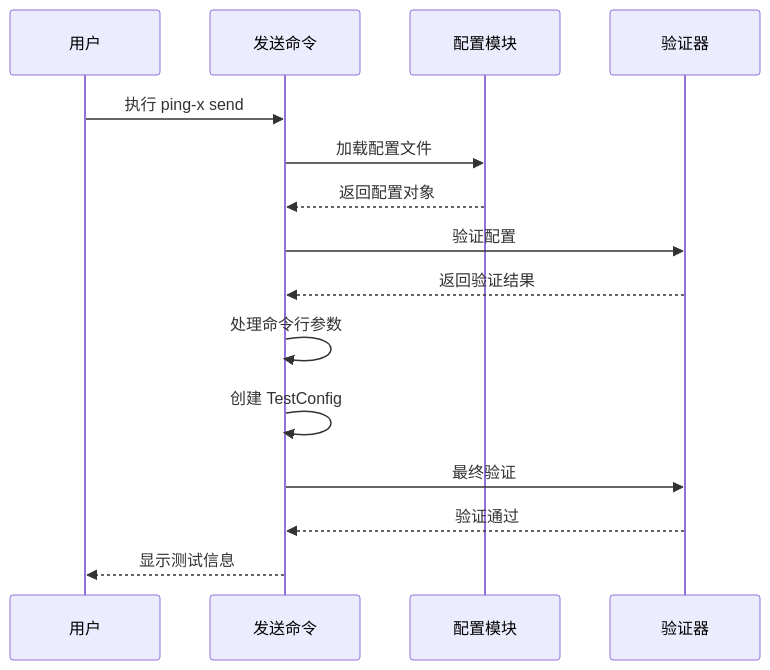
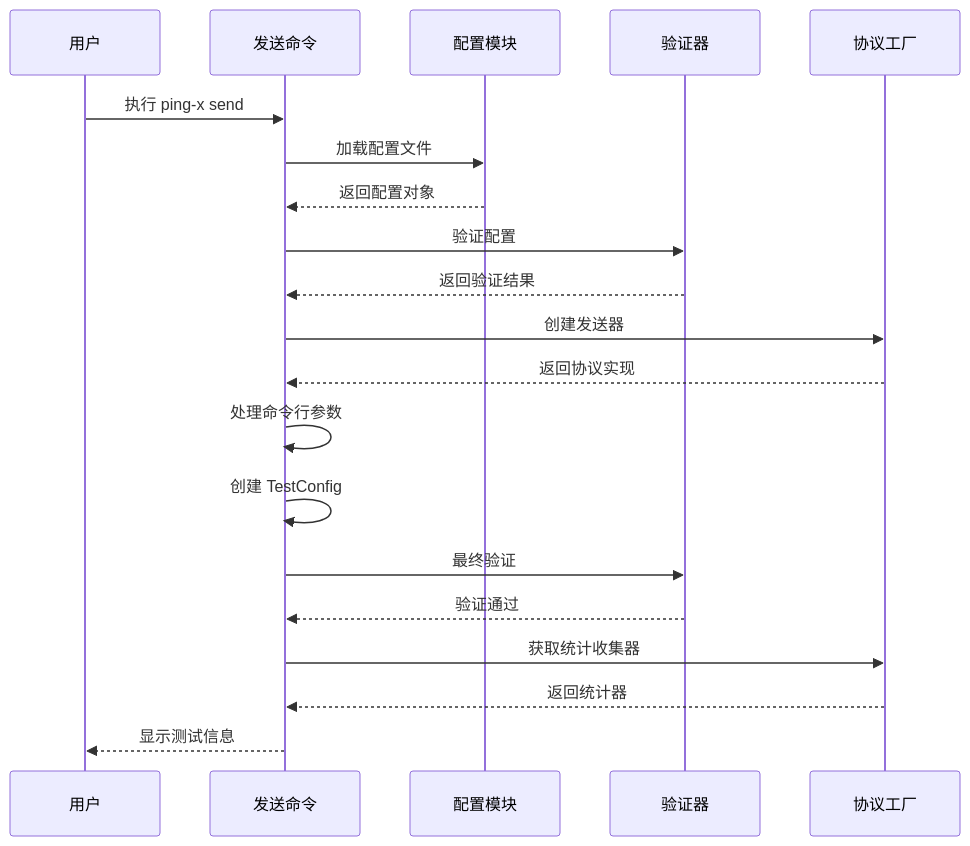
The fourth of 10 diagrams in .qoder/repowiki/zh/content/开发者指南.md (yanzhen74/ping-x), drawn with Mermaid before and after one commit. The commit also changed other lines of this file and 16 other files, not shown here.

````diff
--- a/.qoder/repowiki/zh/content/开发者指南.md
+++ b/.qoder/repowiki/zh/content/开发者指南.md
@@ -174,17 +238,22 @@
 ```mermaid
 sequenceDiagram
 participant User as 用户
 participant SendCmd as 发送命令
 participant Config as 配置模块
 participant Validator as 验证器
+participant ProtocolFactory as 协议工厂
 User->>SendCmd : 执行 ping-x send
 SendCmd->>Config : 加载配置文件
 Config-->>SendCmd : 返回配置对象
 SendCmd->>Validator : 验证配置
 Validator-->>SendCmd : 返回验证结果
+SendCmd->>ProtocolFactory : 创建发送器
+ProtocolFactory-->>SendCmd : 返回协议实现
 SendCmd->>SendCmd : 处理命令行参数
 SendCmd->>SendCmd : 创建 TestConfig
 SendCmd->>Validator : 最终验证
 Validator-->>SendCmd : 验证通过
+SendCmd->>ProtocolFactory : 获取统计收集器
+ProtocolFactory-->>SendCmd : 返回统计器
 SendCmd-->>User : 显示测试信息
 ```
````
